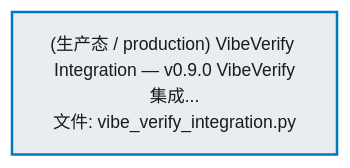
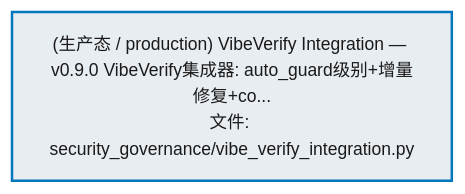
One commit to xuanFelixVan/ZephyrAlpha changed the fourth of 6 diagrams in docs/02_enterprise_architecture/02_domain_architecture_docs/20_d_gov_ops_resilience.md. Above: the diagram before and after it, drawn with Mermaid. The commit also changed other lines of this file and 63 other files, not shown here.

````diff
--- a/docs/02_enterprise_architecture/02_domain_architecture_docs/20_d_gov_ops_resilience.md
+++ b/docs/02_enterprise_architecture/02_domain_architecture_docs/20_d_gov_ops_resilience.md
@@ -483,10 +483,10 @@
 ```mermaid
 %%{init: {'theme': 'base', 'themeVariables': {'primaryColor': '#eaeaea', 'primaryTextColor': '#333333', 'primaryBorderColor': '#666666', 'lineColor': '#666666', 'secondaryColor': '#eaeaea', 'tertiaryColor': '#eaeaea', 'fontSize': '14px'}}}%%
 flowchart TD
-    src_zephyr_governance_security_governance_vibe_verify_integration_py["(生产态 / production) VibeVerify Integration — v0.9.0 VibeVerify集成...<br/>文件: vibe_verify_integration.py"]
+    src_zephyr_governance_security_governance_vibe_verify_integration_py["(生产态 / production) VibeVerify Integration — v0.9.0 VibeVerify集成器: auto_guard级别+增量修复+co...<br/>文件: security_governance/vibe_verify_integration.py"]
     classDef production fill:#e8edf2,stroke:#0277bd,stroke-width:2px,color:#1a1a1a
     classDef design fill:#f0ebe3,stroke:#bf360c,stroke-width:2px,color:#1a1a1a,stroke-dasharray: 5 5
     classDef external_prod fill:#e8efe9,stroke:#1b5e20,stroke-width:1px,color:#1a1a1a
     classDef external_design fill:#efe5ea,stroke:#880e4f,stroke-width:1px,color:#1a1a1a,stroke-dasharray: 5 5
     class src_zephyr_governance_security_governance_vibe_verify_integration_py production
 ```
````
